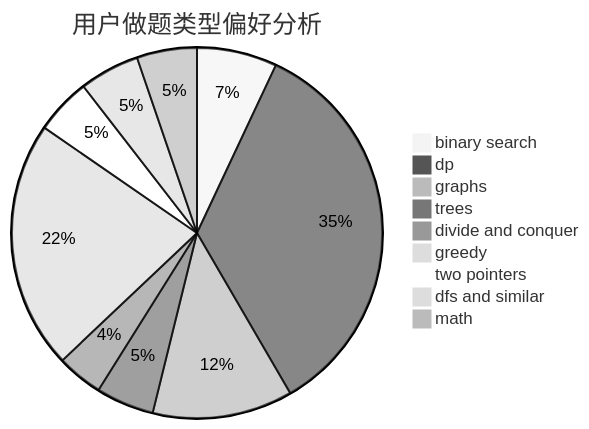
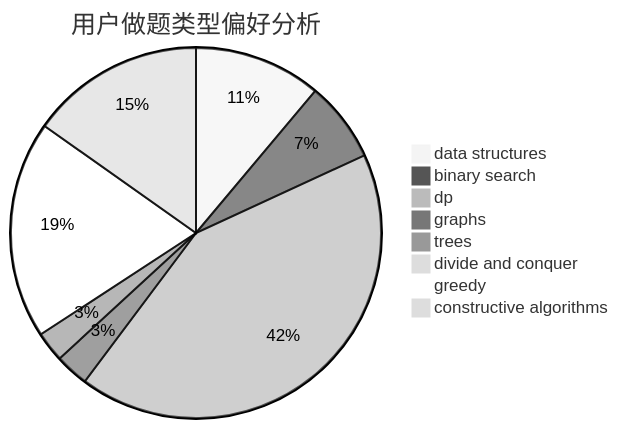
Before and after one commit to sherpahu/cfrs.github.io: the second of 3 diagrams in docs/user/u20.md, drawn with Mermaid (neutral theme). The commit also changed other lines of this file and 2775 other files, not shown here.

````diff
--- a/docs/user/u20.md
+++ b/docs/user/u20.md
@@ -23,12 +23,11 @@
 ```mermaid
 pie title 用户做题类型偏好分析
-    "binary search" :  40
-    "dp" :  198
-    "graphs" :  70
-    "trees" :  29
-    "divide and conquer" :  23
-    "greedy" :  124
-    "two pointers" :  28
-    "dfs and similar" :  30
-    "math" :  30
+    "data structures" :  38
+    "binary search" :  24
+    "dp" :  144
+    "graphs" :  10
+    "trees" :  9
+    "divide and conquer" :  0
+    "greedy" :  65
+    "constructive algorithms" :  52
 ```
````
